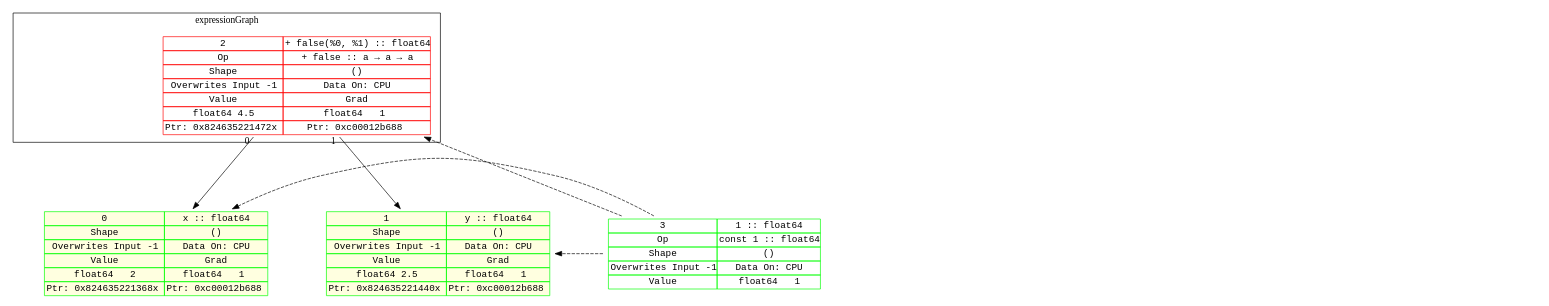
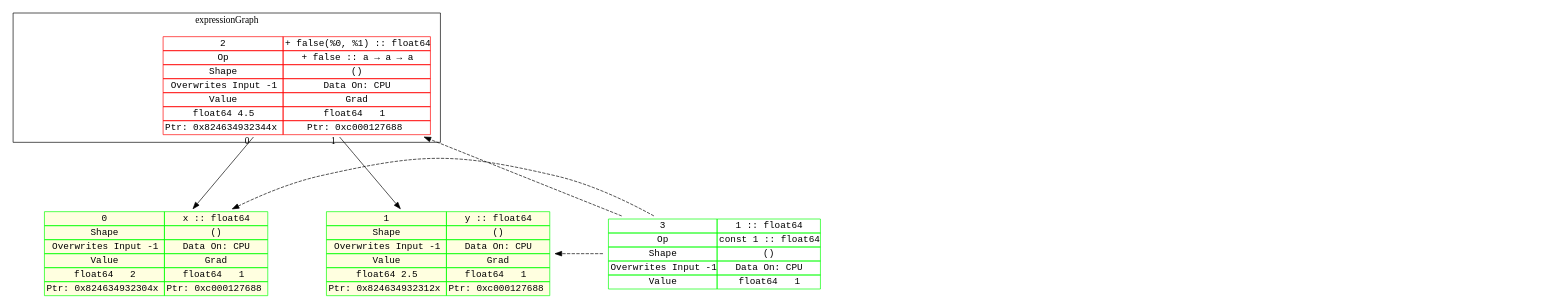
One commit to xavier268/go-demo-gorgonia changed the diagram in demo/simple_graph.dot. Above: the diagram before and after it, drawn with Graphviz. The commit also changed 4 other files, not shown here.

```diff
--- a/demo/simple_graph.dot
+++ b/demo/simple_graph.dot
@@ -1,103 +1,103 @@
 digraph fullGraph {
 	nodesep=1;
 	rankdir=TB;
 	ranksep="1.5 equally";
-	Node_0xc0001ba460:Node_0xc0001ba460:anchor->Node_0xc0001ba2a0:Node_0xc0001ba2a0:anchor[ labelfloat=false, taillabel=" 0 " ];
-	Node_0xc0001ba460:Node_0xc0001ba460:anchor->Node_0xc0001ba380:Node_0xc0001ba380:anchor[ labelfloat=false, taillabel=" 1 " ];
-	Node_0xc0001ba540->Node_0xc0001ba460[ constraint=false, style=dashed, weight=999 ];
-	Node_0xc0001ba540->Node_0xc0001ba380[ constraint=false, style=dashed, weight=999 ];
-	Node_0xc0001ba540->Node_0xc0001ba2a0[ constraint=false, style=dashed, weight=999 ];
+	Node_0xc0000b3340:Node_0xc0000b3340:anchor->Node_0xc0000b3180:Node_0xc0000b3180:anchor[ labelfloat=false, taillabel=" 0 " ];
+	Node_0xc0000b3340:Node_0xc0000b3340:anchor->Node_0xc0000b3260:Node_0xc0000b3260:anchor[ labelfloat=false, taillabel=" 1 " ];
+	Node_0xc0000b3420->Node_0xc0000b3340[ constraint=false, style=dashed, weight=999 ];
+	Node_0xc0000b3420->Node_0xc0000b3260[ constraint=false, style=dashed, weight=999 ];
+	Node_0xc0000b3420->Node_0xc0000b3180[ constraint=false, style=dashed, weight=999 ];
 	outsideRoot->insideInputs[ constraint=false, style=invis, weight=999 ];
 	outsideConsts->insideConsts[ constraint=false, style=invis, weight=999 ];
 	outsideRoot->outsideConsts[ constraint=false, style=invis, weight=999 ];
 	insideInputs->insideConsts[ constraint=false, style=invis, weight=999 ];
 	outsideExprG->insideExprG[ constraint=false, style=invis, weight=999 ];
 	outsideConsts->outsideExprG[ constraint=false, style=invis, weight=999 ];
 	insideConsts->insideExprG[ constraint=false, style=invis, weight=999 ];
 	subgraph cluster_expressionGraph {
 	label=expressionGraph;
-	Node_0xc0001ba460 [ fontname=monospace, label=<
+	Node_0xc0000b3340 [ fontname=monospace, label=<
 <TABLE BORDER="0" CELLBORDER="1" CELLSPACING="0" PORT="anchor"  COLOR="#FF0000;" >
 
 <TR><TD>2</TD><TD>+ false(%0, %1) :: float64</TD></TR>
 <TR><TD>Op</TD><TD>+ false :: a → a → a</TD></TR>
 <TR><TD>Shape</TD><TD>()</TD></TR>
 <TR><TD>Overwrites Input -1</TD><TD>Data On: CPU</TD></TR>
 <TR><TD>Value</TD><TD>Grad</TD></TR>
 <TR><TD>float64 4.5</TD><TD>float64   1 </TD></TR>
-<TR><TD>Ptr: 0x824635221472x </TD><TD>Ptr: 0xc00012b688 </TD></TR>
+<TR><TD>Ptr: 0x824634932344x </TD><TD>Ptr: 0xc000127688 </TD></TR>
 
 
 </TABLE>
 >, shape=none ];
 	insideExprG [ style=invis ];
 
 }
 ;
 	subgraph inputConsts {
 	rank=max;
 	subgraph cluster_constants {
 	label=constants;
-	Node_0xc0001ba540 [ fontname=monospace, label=<
+	Node_0xc0000b3420 [ fontname=monospace, label=<
 <TABLE BORDER="0" CELLBORDER="1" CELLSPACING="0" PORT="anchor"  COLOR="#00FF00;">
 
 <TR><TD>3</TD><TD>1 :: float64</TD></TR>
 <TR><TD>Op</TD><TD>const 1 :: float64</TD></TR>
 <TR><TD>Shape</TD><TD>()</TD></TR>
 <TR><TD>Overwrites Input -1</TD><TD>Data On: CPU</TD></TR>
 
 <TR><TD>Value</TD><TD>float64   1</TD></TR>
 
 
 </TABLE>
 >, shape=none ];
 	insideConsts [ style=invis ];
 
 }
 ;
 	subgraph cluster_inputs {
 	label=inputs;
-	Node_0xc0001ba2a0 [ fontname=monospace, label=<
+	Node_0xc0000b3180 [ fontname=monospace, label=<
 <TABLE BORDER="0" CELLBORDER="1" CELLSPACING="0" PORT="anchor"  COLOR="#00FF00;" BGCOLOR="lightyellow">
 
 <TR><TD>0</TD><TD>x :: float64</TD></TR>
 
 <TR><TD>Shape</TD><TD>()</TD></TR>
 <TR><TD>Overwrites Input -1</TD><TD>Data On: CPU</TD></TR>
 <TR><TD>Value</TD><TD>Grad</TD></TR>
 <TR><TD>float64   2</TD><TD>float64   1 </TD></TR>
-<TR><TD>Ptr: 0x824635221368x </TD><TD>Ptr: 0xc00012b688 </TD></TR>
+<TR><TD>Ptr: 0x824634932304x </TD><TD>Ptr: 0xc000127688 </TD></TR>
 
 
 </TABLE>
 >, shape=none ];
-	Node_0xc0001ba380 [ fontname=monospace, label=<
+	Node_0xc0000b3260 [ fontname=monospace, label=<
 <TABLE BORDER="0" CELLBORDER="1" CELLSPACING="0" PORT="anchor"  COLOR="#00FF00;" BGCOLOR="lightyellow">
 
 <TR><TD>1</TD><TD>y :: float64</TD></TR>
 
 <TR><TD>Shape</TD><TD>()</TD></TR>
 <TR><TD>Overwrites Input -1</TD><TD>Data On: CPU</TD></TR>
 <TR><TD>Value</TD><TD>Grad</TD></TR>
 <TR><TD>float64 2.5</TD><TD>float64   1 </TD></TR>
-<TR><TD>Ptr: 0x824635221440x </TD><TD>Ptr: 0xc00012b688 </TD></TR>
+<TR><TD>Ptr: 0x824634932312x </TD><TD>Ptr: 0xc000127688 </TD></TR>
 
 
 </TABLE>
 >, shape=none ];
 	insideInputs [ style=invis ];
 
 }
 ;
 
 }
 ;
 	subgraph outsides {
 	outsideConsts [ style=invis ];
 	outsideExprG [ style=invis ];
 	outsideRoot [ style=invis ];
 
 }
 ;
 
 }
```
